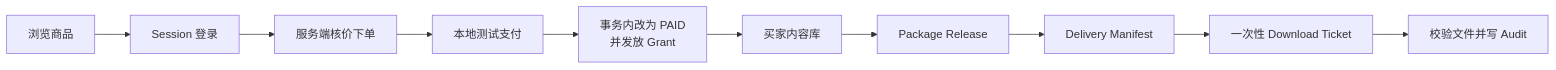
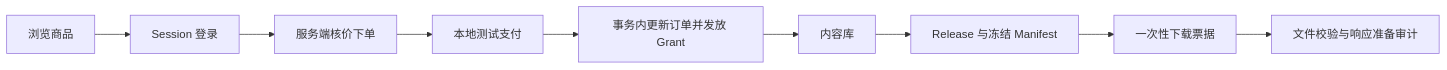
Before and after one commit to Tezcay/Meteor: the diagram in docs/17-零基础项目学习路线-V1.0.md, drawn with Mermaid. The commit also changed other lines of this file and 10 other files, not shown here.

````diff
--- a/docs/17-零基础项目学习路线-V1.0.md
+++ b/docs/17-零基础项目学习路线-V1.0.md
@@ -107,12 +93,11 @@
 ```mermaid
 flowchart LR
     A[浏览商品] --> B[Session 登录]
     B --> C[服务端核价下单]
     C --> D[本地测试支付]
-    D --> E[事务内改为 PAID<br/>并发放 Grant]
-    E --> F[买家内容库]
-    F --> G[Package Release]
-    G --> H[Delivery Manifest]
-    H --> I[一次性 Download Ticket]
-    I --> J[校验文件并写 Audit]
+    D --> E[事务内更新订单并发放 Grant]
+    E --> F[内容库]
+    F --> G[Release 与冻结 Manifest]
+    G --> H[一次性下载票据]
+    H --> I[文件校验与响应准备审计]
 ```
````
